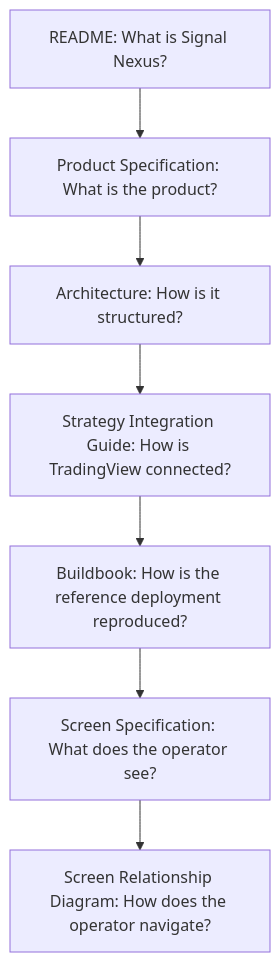
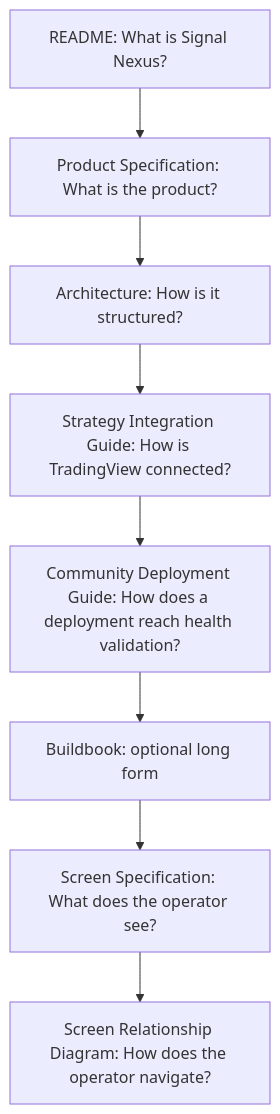
One commit to SignalNexus/signal-nexus changed the second of 2 diagrams in docs/DOCUMENTATION_STRUCTURE.md. Above: the diagram before and after it, drawn with Mermaid. The commit also changed other lines of this file and 11 other files, not shown here.

````diff
--- a/docs/DOCUMENTATION_STRUCTURE.md
+++ b/docs/DOCUMENTATION_STRUCTURE.md
@@ -179,9 +162,10 @@
 ```mermaid
 graph TD
   README["README: What is Signal Nexus?"] --> ProductSpecification["Product Specification: What is the product?"]
   ProductSpecification --> Architecture["Architecture: How is it structured?"]
   Architecture --> StrategyIntegrationGuide["Strategy Integration Guide: How is TradingView connected?"]
-  StrategyIntegrationGuide --> Buildbook["Buildbook: How is the reference deployment reproduced?"]
+  StrategyIntegrationGuide --> CommunityDeploymentGuide["Community Deployment Guide: How does a deployment reach health validation?"]
+  CommunityDeploymentGuide --> Buildbook["Buildbook: optional long form"]
   Buildbook --> ScreenSpecification["Screen Specification: What does the operator see?"]
   ScreenSpecification --> ScreenRelationshipDiagram["Screen Relationship Diagram: How does the operator navigate?"]
 ```
````
